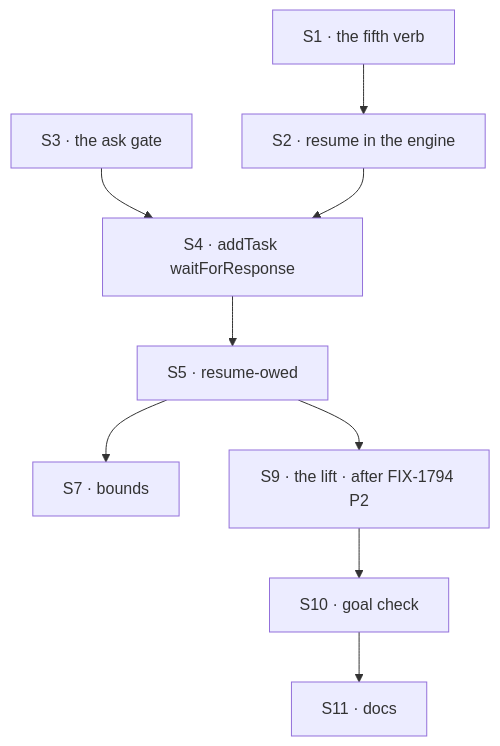
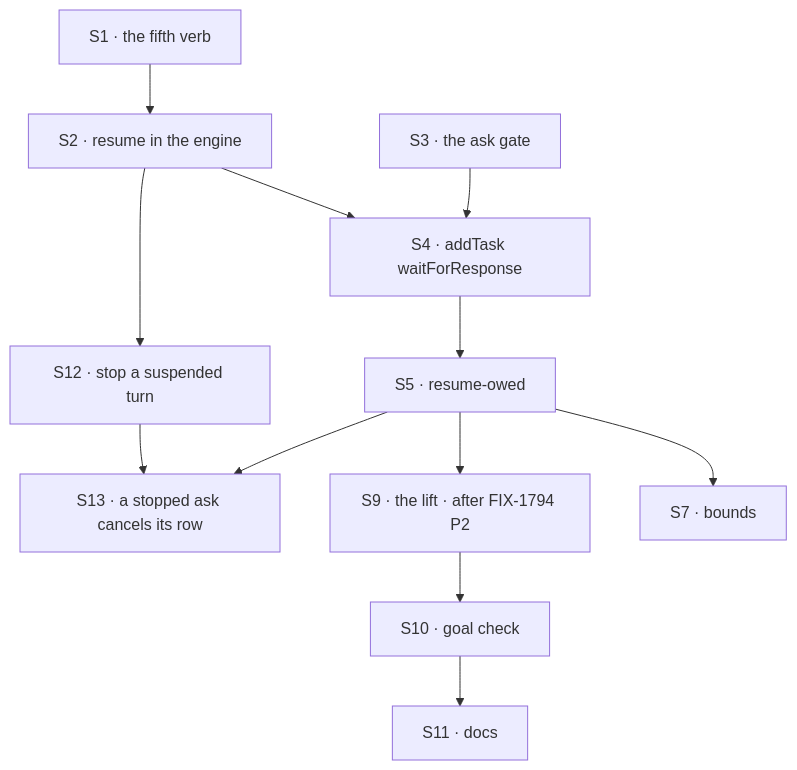
One commit to fixpoint-labs/flow-state-dev changed the diagram in specs/issues/FIX-1816/PLAN.md. Above: the diagram before and after it, drawn with Mermaid. The commit also changed other lines of this file and 8 other files, not shown here.

First line of the commit message:
spec(FIX-1816): stop a paused ask; configurable ask timeout (product owner amendments)

````diff
--- a/specs/issues/FIX-1816/PLAN.md
+++ b/specs/issues/FIX-1816/PLAN.md
@@ -33,11 +36,14 @@
 ```mermaid
 flowchart TD
   S1["S1 · the fifth verb"] --> S2["S2 · resume in the engine"]
   S3["S3 · the ask gate"] --> S4["S4 · addTask waitForResponse"]
   S2 --> S4
   S4 --> S5["S5 · resume-owed"]
   S5 --> S7["S7 · bounds"]
   S5 --> S9["S9 · the lift · after FIX-1794 P2"]
+  S2 --> S12["S12 · stop a suspended turn"]
+  S12 --> S13["S13 · a stopped ask cancels its row"]
+  S5 --> S13
   S9 --> S10["S10 · goal check"]
   S10 --> S11["S11 · docs"]
 ```
````
